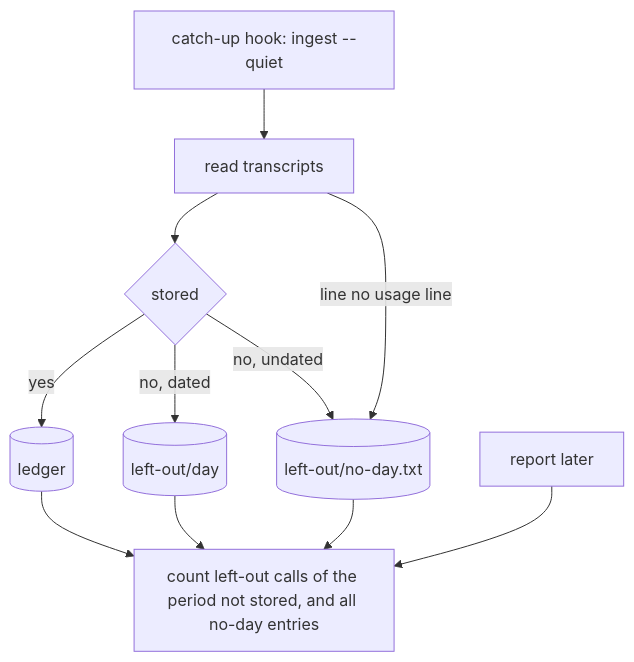
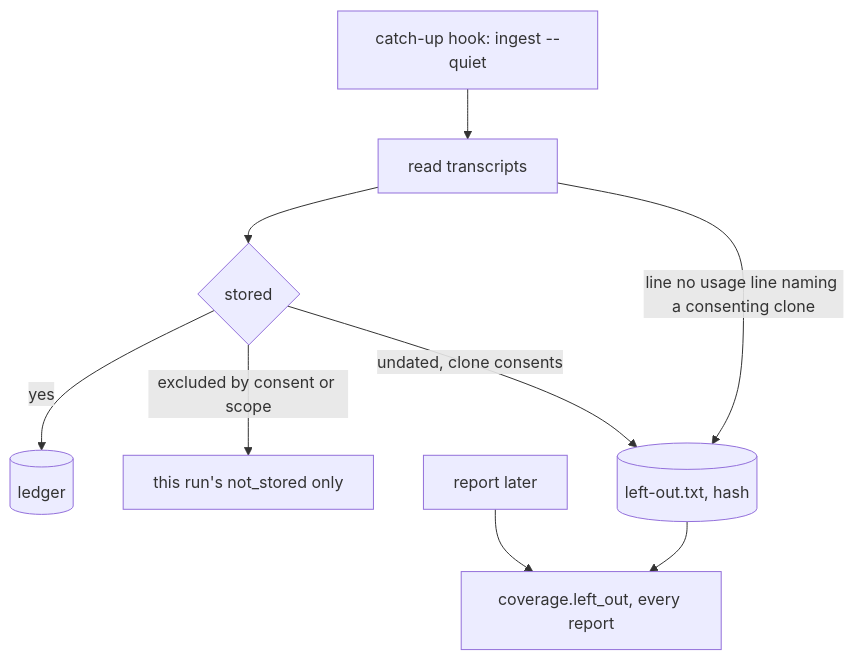
One commit to ai-driven-dev/framework changed the diagram in aidd_docs/tasks/2026_10/2026_10_16_nothing-is-lost-silently/phase-3.md. Above: the diagram before and after it, drawn with Mermaid. The commit also changed other lines of this file and 3 other files, not shown here.

````diff
--- a/aidd_docs/tasks/2026_10/2026_10_16_nothing-is-lost-silently/phase-3.md
+++ b/aidd_docs/tasks/2026_10/2026_10_16_nothing-is-lost-silently/phase-3.md
@@ -28,13 +26,11 @@
 ```mermaid
 flowchart TD
   H[catch-up hook: ingest --quiet] --> R[read transcripts]
   R --> S{stored}
   S -->|yes| L[(ledger)]
-  S -->|no, dated| D[(left-out/day)]
-  S -->|no, undated| N[(left-out/no-day.txt)]
-  R -->|line no usage line| N
-  P[report later] --> C[count left-out calls of the period not stored, and all no-day entries]
-  D --> C
+  S -->|excluded by consent or scope| X[this run's not_stored only]
+  S -->|undated, clone consents| N[(left-out.txt, hash)]
+  R -->|line no usage line naming a consenting clone| N
+  P[report later] --> C[coverage.left_out, every report]
   N --> C
-  L --> C
 ```
````
